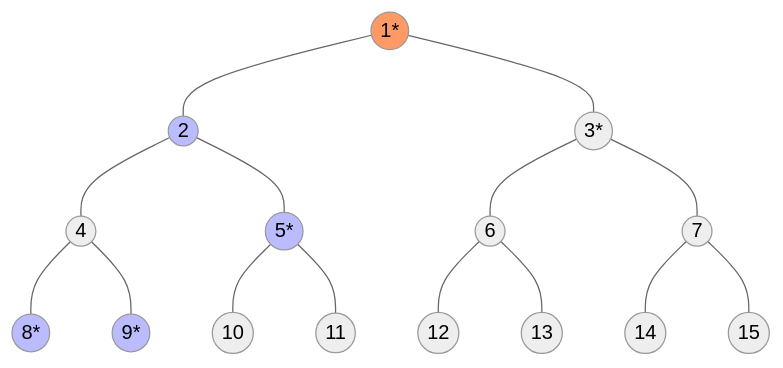
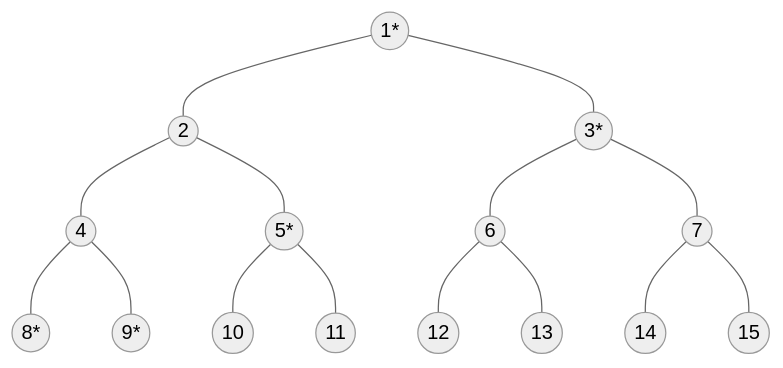
The second of 3 diagrams in docs/wiki/CL/merkleization.md (eth-protocol-fellows/protocol-studies), drawn with Mermaid (neutral theme) before and after one commit. The commit also changed 2 other files, not shown here.

Commit message:
Fixed the sugestions from Angaz

````diff
--- a/docs/wiki/CL/merkleization.md
+++ b/docs/wiki/CL/merkleization.md
@@ -67,24 +67,18 @@
 ```mermaid
 graph TD;
     1(("1*"))---2(("2"));
     1---3(("3*"));
     2---4(("4"));
     2---5(("5*"));
     3---6(("6"));
     3---7(("7"));
     4---8(("8*"));
     4---9(("9*"));
     5---10(("10"));
     5---11(("11"));
     6---12(("12"));
     6---13(("13"));
     7---14(("14"));
     7---15(("15"));
 
-    classDef root fill:#f96;
-    classDef proof fill:#bbf;
-    classDef leaf fill:#faa;
-
-    class 1 root;
-    class 2,5,8,9 proof;
 ```
````
